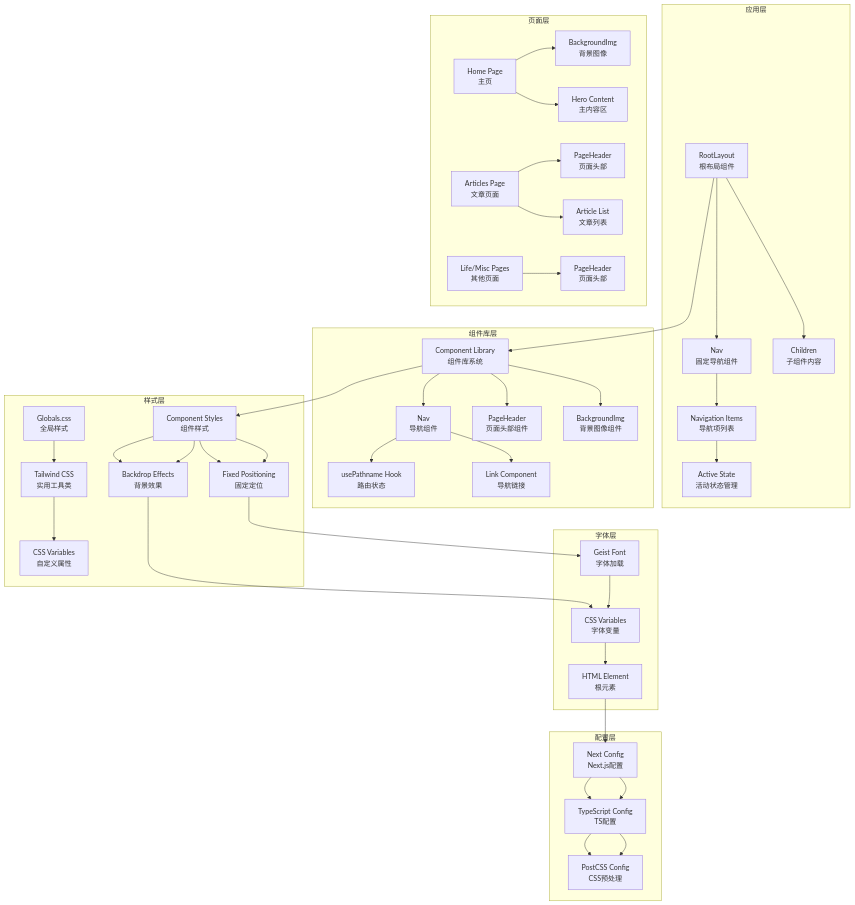
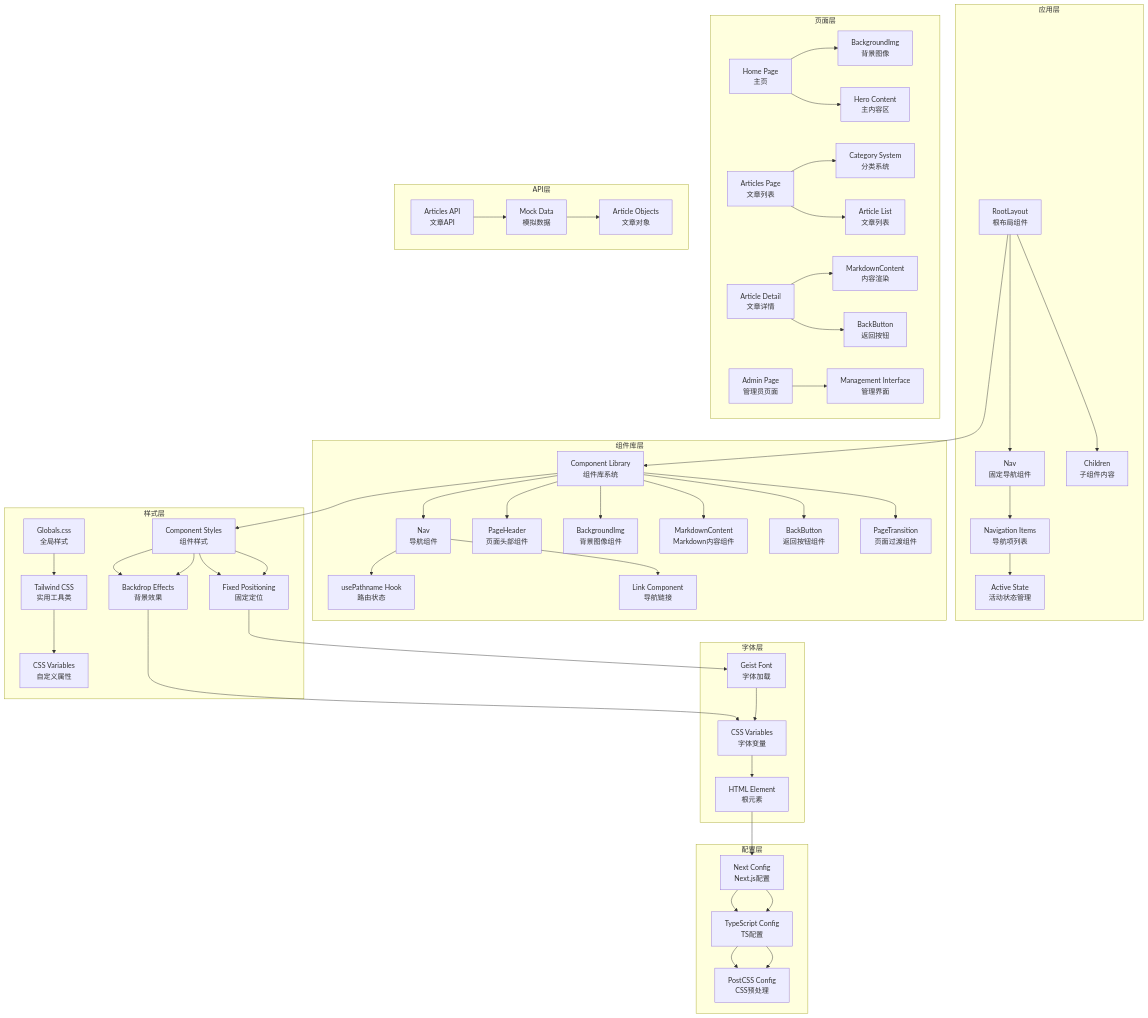
The second of 7 diagrams in .qoder/repowiki/zh/content/项目架构/核心组件详解/核心组件详解.md (caoLei1997/Blog), drawn with Mermaid before and after one commit. The commit also changed other lines of this file and 4 other files, not shown here.

````diff
--- a/.qoder/repowiki/zh/content/项目架构/核心组件详解/核心组件详解.md
+++ b/.qoder/repowiki/zh/content/项目架构/核心组件详解/核心组件详解.md
@@ -135,46 +142,55 @@
 ```mermaid
 graph TB
 subgraph "应用层"
 A[RootLayout<br/>根布局组件] --> B[Nav<br/>固定导航组件]
 A --> C[Children<br/>子组件内容]
 B --> D[Navigation Items<br/>导航项列表]
 D --> E[Active State<br/>活动状态管理]
 end
 subgraph "组件库层"
 F[Component Library<br/>组件库系统] --> G[Nav<br/>导航组件]
 F --> H[PageHeader<br/>页面头部组件]
 F --> I[BackgroundImg<br/>背景图像组件]
-G --> J[usePathname Hook<br/>路由状态]
-G --> K[Link Component<br/>导航链接]
+F --> J[MarkdownContent<br/>Markdown内容组件]
+F --> K[BackButton<br/>返回按钮组件]
+F --> L[PageTransition<br/>页面过渡组件]
+G --> M[usePathname Hook<br/>路由状态]
+G --> N[Link Component<br/>导航链接]
 end
 subgraph "页面层"
-L[Home Page<br/>主页] --> M[BackgroundImg<br/>背景图像]
-L --> N[Hero Content<br/>主内容区]
-O[Articles Page<br/>文章页面] --> P[PageHeader<br/>页面头部]
-O --> Q[Article List<br/>文章列表]
-R[Life/Misc Pages<br/>其他页面] --> S[PageHeader<br/>页面头部]
+O[Home Page<br/>主页] --> P[BackgroundImg<br/>背景图像]
+O --> Q[Hero Content<br/>主内容区]
+R[Articles Page<br/>文章列表] --> S[Category System<br/>分类系统]
+R --> T[Article List<br/>文章列表]
+U[Article Detail<br/>文章详情] --> V[MarkdownContent<br/>内容渲染]
+U --> W[BackButton<br/>返回按钮]
+X[Admin Page<br/>管理员页面] --> Y[Management Interface<br/>管理界面]
+end
+subgraph "API层"
+Z[Articles API<br/>文章API] --> AA[Mock Data<br/>模拟数据]
+AA --> AB[Article Objects<br/>文章对象]
 end
 subgraph "样式层"
-T[Globals.css<br/>全局样式] --> U[Tailwind CSS<br/>实用工具类]
-U --> V[CSS Variables<br/>自定义属性]
-W[Component Styles<br/>组件样式] --> X[Fixed Positioning<br/>固定定位]
-W --> Y[Backdrop Effects<br/>背景效果]
+AC[Globals.css<br/>全局样式] --> AD[Tailwind CSS<br/>实用工具类]
+AD --> AE[CSS Variables<br/>自定义属性]
+AF[Component Styles<br/>组件样式] --> AG[Fixed Positioning<br/>固定定位]
+AF --> AH[Backdrop Effects<br/>背景效果]
 end
 subgraph "字体层"
-Z[Geist Font<br/>字体加载] --> AA[CSS Variables<br/>字体变量]
-AA --> AB[HTML Element<br/>根元素]
+AI[Geist Font<br/>字体加载] --> AJ[CSS Variables<br/>字体变量]
+AJ --> AK[HTML Element<br/>根元素]
 end
 subgraph "配置层"
-AC[Next Config<br/>Next.js配置] --> AD[TypeScript Config<br/>TS配置]
-AD --> AE[PostCSS Config<br/>CSS预处理]
+AL[Next Config<br/>Next.js配置] --> AM[TypeScript Config<br/>TS配置]
+AM --> AN[PostCSS Config<br/>CSS预处理]
 end
 A --> F
-F --> W
-W --> X
-W --> Y
-X --> Z
-Y --> AA
-AB --> AC
-AC --> AD
-AD --> AE
+F --> AF
+AF --> AG
+AF --> AH
+AG --> AI
+AH --> AJ
+AK --> AL
+AL --> AM
+AM --> AN
 ```
````
